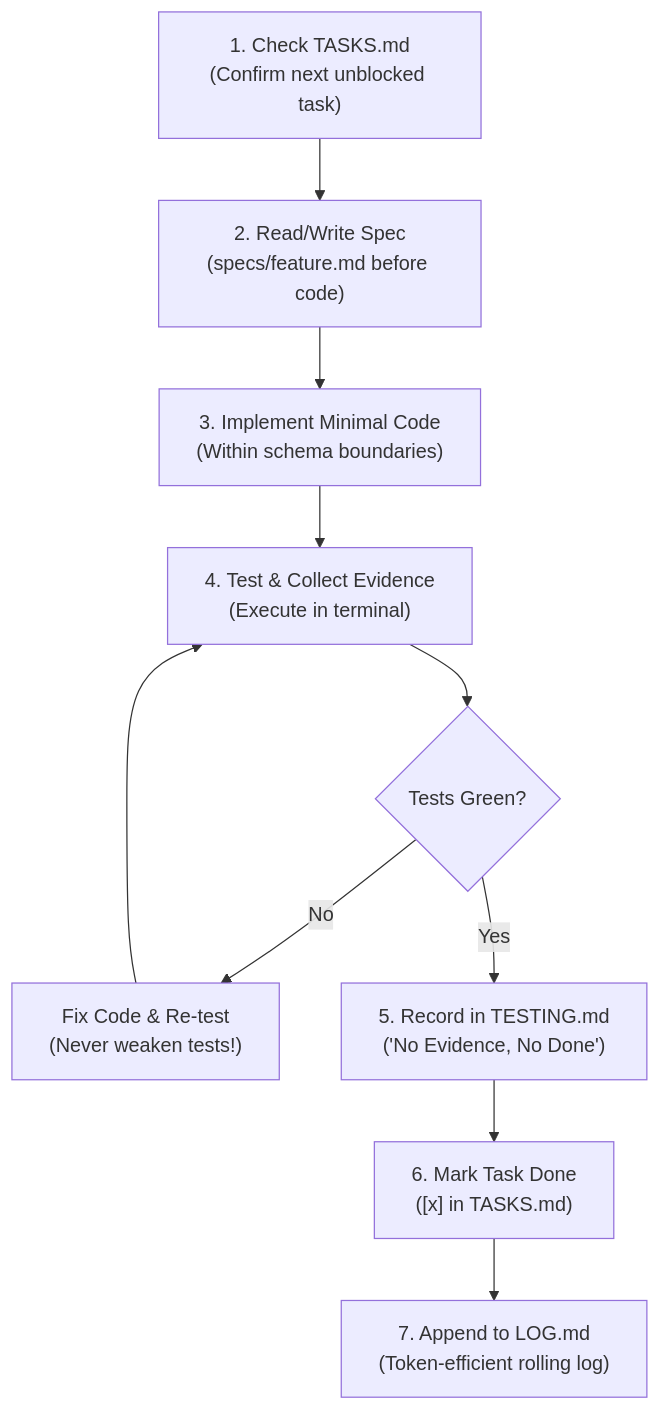
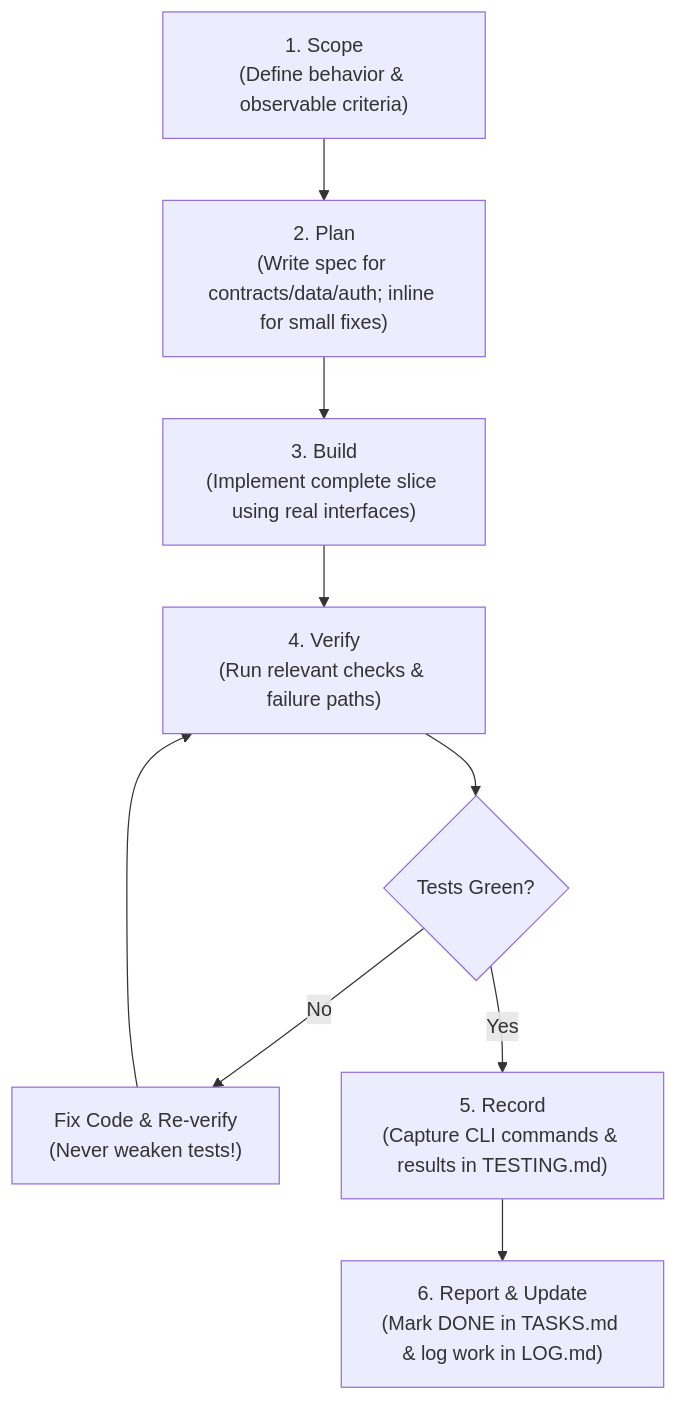
One commit to ayushraj61/agent-os-kit changed the diagram in README.md. Above: the diagram before and after it, drawn with Mermaid. The commit also changed other lines of this file, not shown here.

Commit message:
docs: align README with workflow steps, test guidelines, and evaluation scenarios

````diff
--- a/README.md
+++ b/README.md
@@ -36,12 +36,11 @@
 ```mermaid
 flowchart TD
-    A["1. Check TASKS.md<br/>(Confirm next unblocked task)"] --> B["2. Read/Write Spec<br/>(specs/feature.md before code)"]
-    B --> C["3. Implement Minimal Code<br/>(Within schema boundaries)"]
-    C --> D["4. Test & Collect Evidence<br/>(Execute in terminal)"]
+    A["1. Scope<br/>(Define behavior & observable criteria)"] --> B["2. Plan<br/>(Write spec for contracts/data/auth; inline for small fixes)"]
+    B --> C["3. Build<br/>(Implement complete slice using real interfaces)"]
+    C --> D["4. Verify<br/>(Run relevant checks & failure paths)"]
     D --> E{"Tests Green?"}
-    E -- No --> F["Fix Code & Re-test<br/>(Never weaken tests!)"]
+    E -- No --> F["Fix Code & Re-verify<br/>(Never weaken tests!)"]
     F --> D
-    E -- Yes --> G["5. Record in TESTING.md<br/>('No Evidence, No Done')"]
-    G --> H["6. Mark Task Done<br/>([x] in TASKS.md)"]
-    H --> I["7. Append to LOG.md<br/>(Token-efficient rolling log)"]
+    E -- Yes --> G["5. Record<br/>(Capture CLI commands & results in TESTING.md)"]
+    G --> H["6. Report & Update<br/>(Mark DONE in TASKS.md & log work in LOG.md)"]
 ```
````
